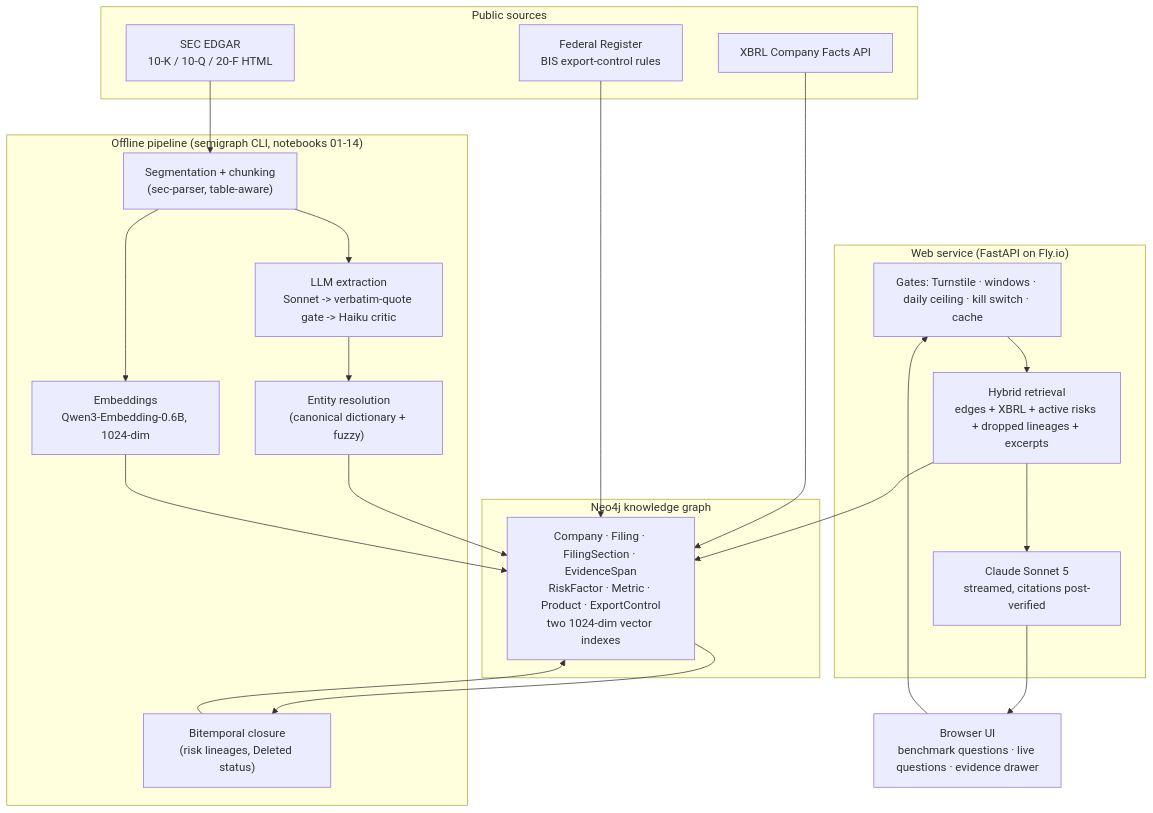
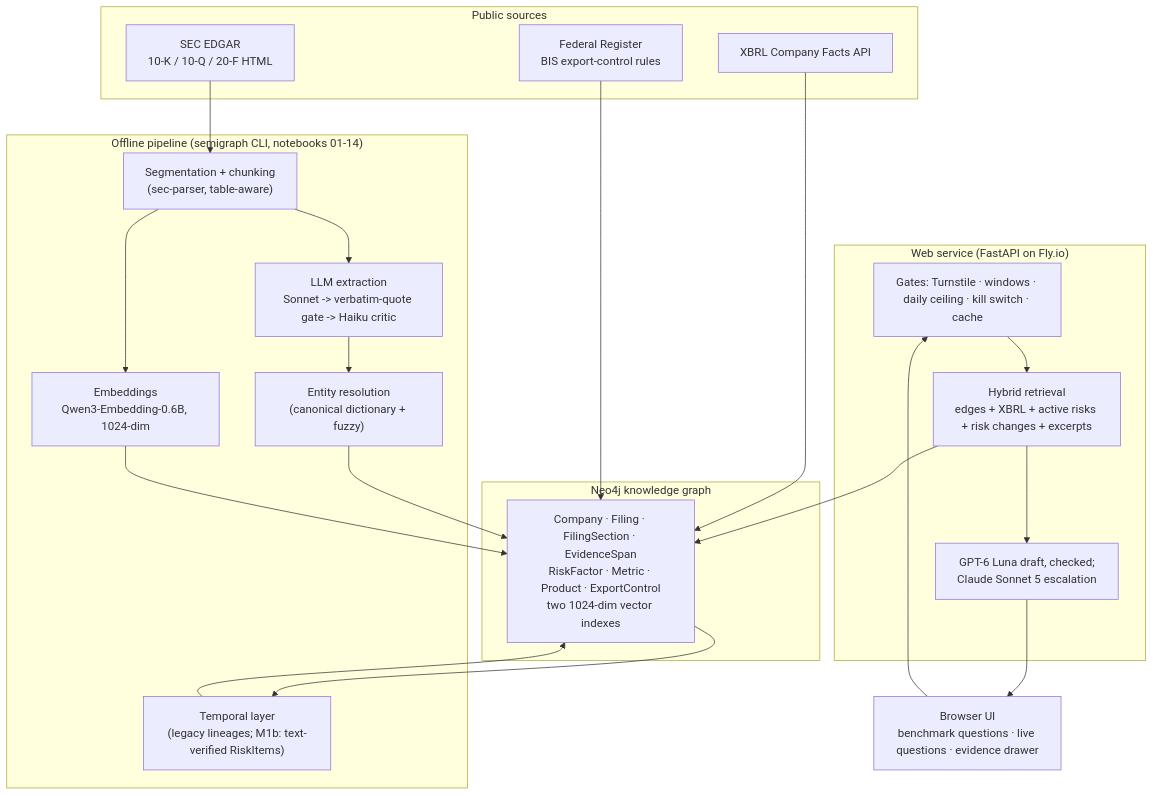
Before and after one commit to amit-badave-04/ai-semiconductor-risk-intelligence-graphrag: the first of 3 diagrams in README.md, drawn with Mermaid. The commit also changed other lines of this file and 15 other files, not shown here.

````diff
--- a/README.md
+++ b/README.md
@@ -148,37 +186,37 @@
 ```mermaid
 flowchart TB
     subgraph Sources["Public sources"]
         EDGAR["SEC EDGAR<br/>10-K / 10-Q / 20-F HTML"]
         XBRL["XBRL Company Facts API"]
         FR["Federal Register<br/>BIS export-control rules"]
     end
 
     subgraph Pipeline["Offline pipeline (semigraph CLI, notebooks 01-14)"]
         PARSE["Segmentation + chunking<br/>(sec-parser, table-aware)"]
         EXTRACT["LLM extraction<br/>Sonnet -> verbatim-quote gate -> Haiku critic"]
         RESOLVE["Entity resolution<br/>(canonical dictionary + fuzzy)"]
         EMBED["Embeddings<br/>Qwen3-Embedding-0.6B, 1024-dim"]
-        TEMPORAL["Bitemporal closure<br/>(risk lineages, Deleted status)"]
+        TEMPORAL["Temporal layer<br/>(legacy lineages; M1b: text-verified RiskItems)"]
     end
 
     subgraph Graph["Neo4j knowledge graph"]
         G["Company · Filing · FilingSection · EvidenceSpan<br/>RiskFactor · Metric · Product · ExportControl<br/>two 1024-dim vector indexes"]
     end
 
     subgraph Service["Web service (FastAPI on Fly.io)"]
         GUARD["Gates: Turnstile · windows · daily ceiling · kill switch · cache"]
-        RET["Hybrid retrieval<br/>edges + XBRL + active risks + dropped lineages + excerpts"]
-        LLM["Claude Sonnet 5<br/>streamed, citations post-verified"]
+        RET["Hybrid retrieval<br/>edges + XBRL + active risks + risk changes + excerpts"]
+        LLM["GPT-6 Luna draft, checked;<br/>Claude Sonnet 5 escalation"]
     end
 
     UI["Browser UI<br/>benchmark questions · live questions · evidence drawer"]
 
     EDGAR --> PARSE
     XBRL --> G
     FR --> G
     PARSE --> EXTRACT --> RESOLVE --> G
     PARSE --> EMBED --> G
     G --> TEMPORAL --> G
     UI --> GUARD --> RET --> G
     RET --> LLM --> UI
 ```
````
